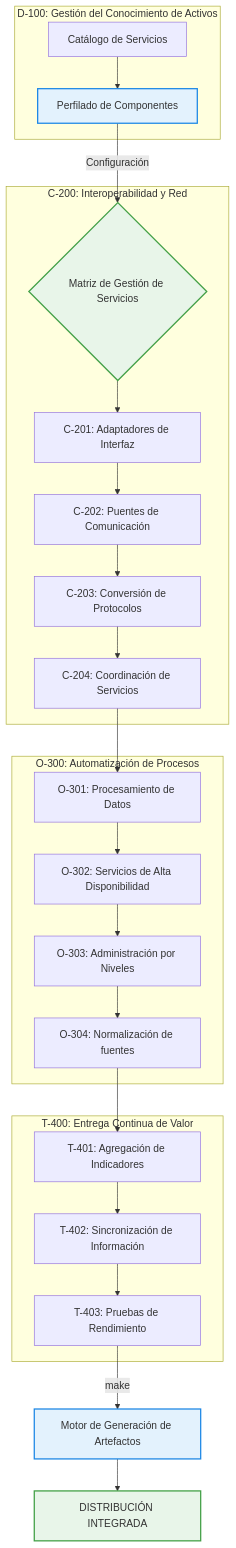
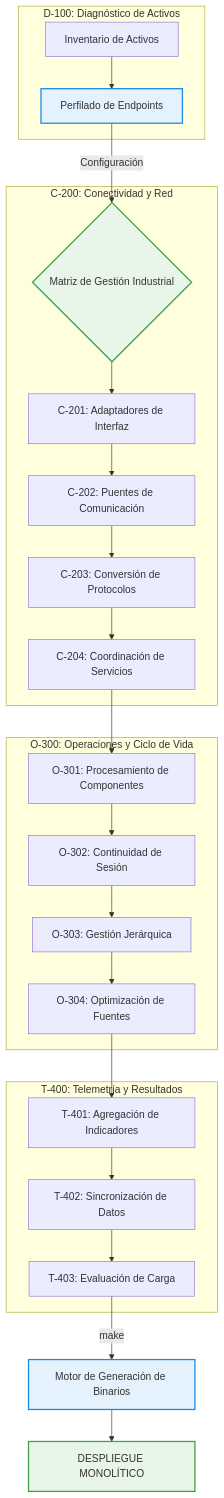
One commit to j3susangar1ca/infraestructura changed the diagram in README.md. Above: the diagram before and after it, drawn with Mermaid. The commit also changed other lines of this file, not shown here.

````diff
--- a/README.md
+++ b/README.md
@@ -35,36 +39,36 @@
 ```mermaid
 graph TD
-    subgraph "D-100: Gestión del Conocimiento de Activos"
-        A1[Catálogo de Servicios] --> A2["Perfilado de Componentes"]
+    subgraph "D-100: Diagnóstico de Activos"
+        A1[Inventario de Activos] --> A2["Perfilado de Endpoints"]
     end
 
-    A2 -->|Configuración| B{"Matriz de Gestión de Servicios"}
+    A2 -->|Configuración| B{"Matriz de Gestión Industrial"}
 
-    subgraph "C-200: Interoperabilidad y Red"
+    subgraph "C-200: Conectividad y Red"
         B --> C201["C-201: Adaptadores de Interfaz"]
         C201 --> C202["C-202: Puentes de Comunicación"]
         C202 --> C203["C-203: Conversión de Protocolos"]
         C203 --> C204["C-204: Coordinación de Servicios"]
     end
 
-    subgraph "O-300: Automatización de Procesos"
-        C204 --> O301["O-301: Procesamiento de Datos"]
-        O301 --> O302["O-302: Servicios de Alta Disponibilidad"]
-        O302 --> O303["O-303: Administración por Niveles"]
-        O303 --> O304["O-304: Normalización de fuentes"]
+    subgraph "O-300: Operaciones y Ciclo de Vida"
+        C204 --> O301["O-301: Procesamiento de Componentes"]
+        O301 --> O302["O-302: Continuidad de Sesión"]
+        O302 --> O303["O-303: Gestión Jerárquica"]
+        O303 --> O304["O-304: Optimización de Fuentes"]
     end
 
-    subgraph "T-400: Entrega Continua de Valor"
+    subgraph "T-400: Telemetría y Resultados"
         O304 --> T401["T-401: Agregación de Indicadores"]
-        T401 --> T402["T-402: Sincronización de Información"]
-        T402 --> T403["T-403: Pruebas de Rendimiento"]
+        T401 --> T402["T-402: Sincronización de Datos"]
+        T402 --> T403["T-403: Evaluación de Carga"]
     end
 
-    T403 -->|"make"| D["Motor de Generación de Artefactos"]
-    D --> C_OUT["DISTRIBUCIÓN INTEGRADA"]
+    T403 -->|"make"| D["Motor de Generación de Binarios"]
+    D --> C_OUT["DESPLIEGUE MONOLÍTICO"]
 
     style A2 fill:#e3f2fd,stroke:#1e88e5,stroke-width:2px
     style B fill:#e8f5e9,stroke:#43a047,stroke-width:2px
     style D fill:#e3f2fd,stroke:#1e88e5,stroke-width:2px
     style C_OUT fill:#e8f5e9,stroke:#43a047,stroke-width:2px
 ```
````
